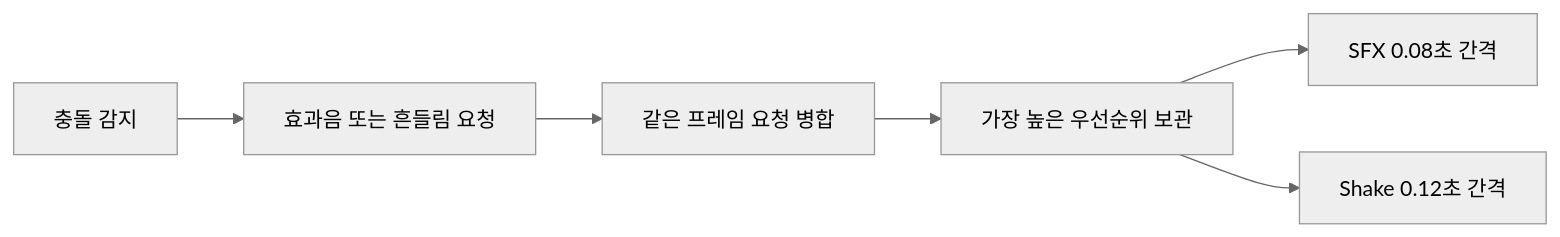
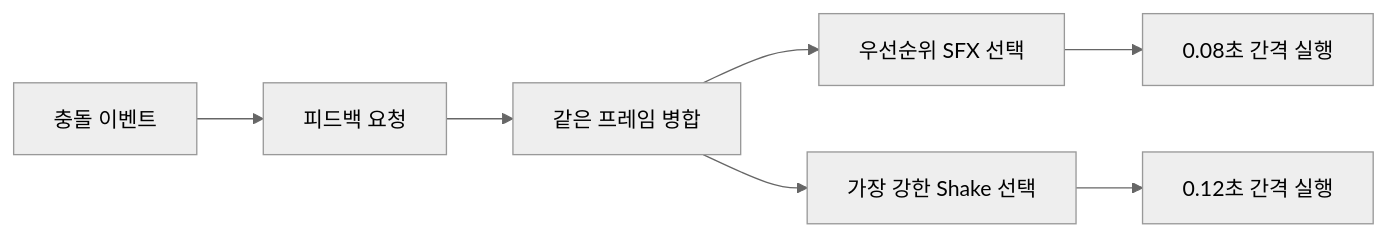
The seventh of 11 diagrams in README.md (oppa073-hub/Animal-Ball-Fighter-Portfolio), drawn with Mermaid (neutral theme) before and after one commit. The commit also changed other lines of this file and 782 other files, not shown here.

````diff
--- a/README.md
+++ b/README.md
@@ -179,8 +273,9 @@
 ```mermaid
 flowchart LR
-    A[충돌 감지] --> B[효과음 또는 흔들림 요청]
-    B --> C[같은 프레임 요청 병합]
-    C --> D[가장 높은 우선순위 보관]
-    D --> E[SFX 0.08초 간격]
-    D --> F[Shake 0.12초 간격]
+    A[충돌 이벤트] --> B[피드백 요청]
+    B --> C[같은 프레임 병합]
+    C --> D[우선순위 SFX 선택]
+    C --> E[가장 강한 Shake 선택]
+    D --> F[0.08초 간격 실행]
+    E --> G[0.12초 간격 실행]
 ```
````
